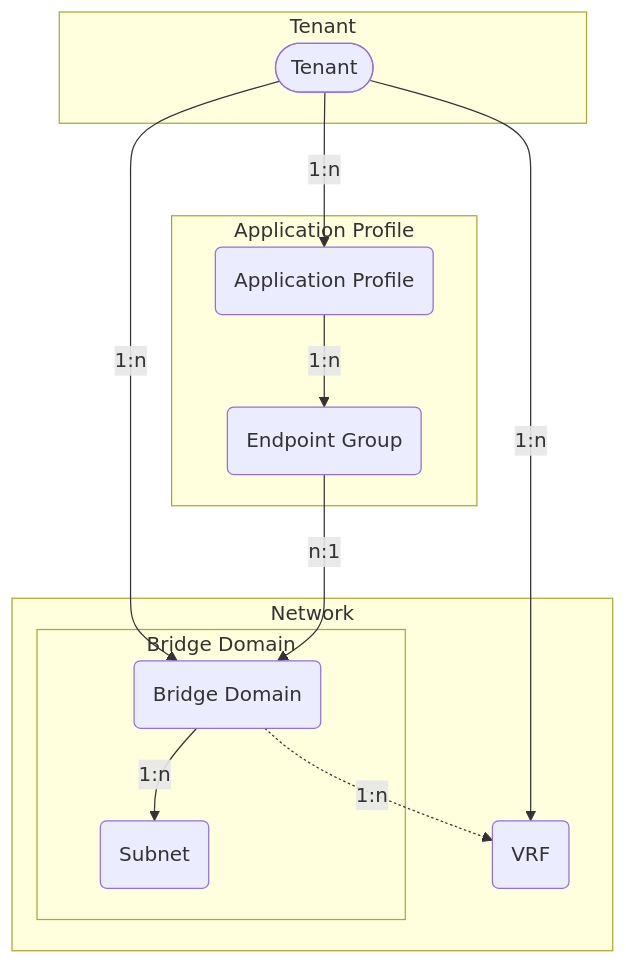
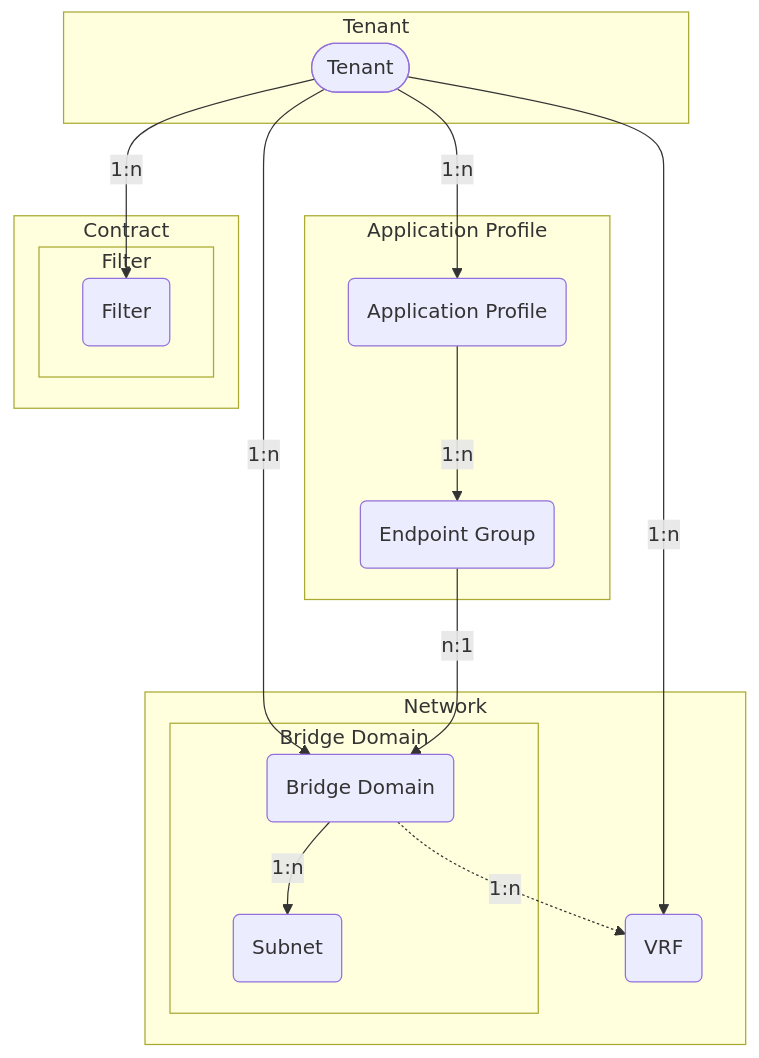
Before and after one commit to pheus/netbox-aci-plugin: the diagram in docs/features/tenants.md, drawn with Mermaid. The commit also changed other lines of this file, not shown here.

First line of the commit message:
docs(filters): Add Contract Filter documentation

````diff
--- a/docs/features/tenants.md
+++ b/docs/features/tenants.md
@@ -6,25 +6,31 @@
 ```mermaid
 flowchart TD
     TN([Tenant])
     AP(Application Profile)
     EPG(Endpoint Group)
+    VRF(VRF)
     BD(Bridge Domain)
     SN(Subnet)
-    VRF(VRF)
+    FT(Filter)
     subgraph graphTN [Tenant]
         TN
     end
     subgraph graphAP [Application Profile]
         TN -->|1:n| AP
         AP -->|1:n| EPG
     end
     subgraph graphNW [Network]
         TN -->|1:n| VRF
         subgraph graphBD [Bridge Domain]
             TN -->|1:n| BD
             BD -->|1:n| SN
         end
         BD -.->|1:n| VRF
     end
+    subgraph graphCT [Contract]
+        subgraph graphFT [Filter]
+            TN -->|1:n| FT
+        end
+    end
     EPG -->|n:1| BD
 ```
````
